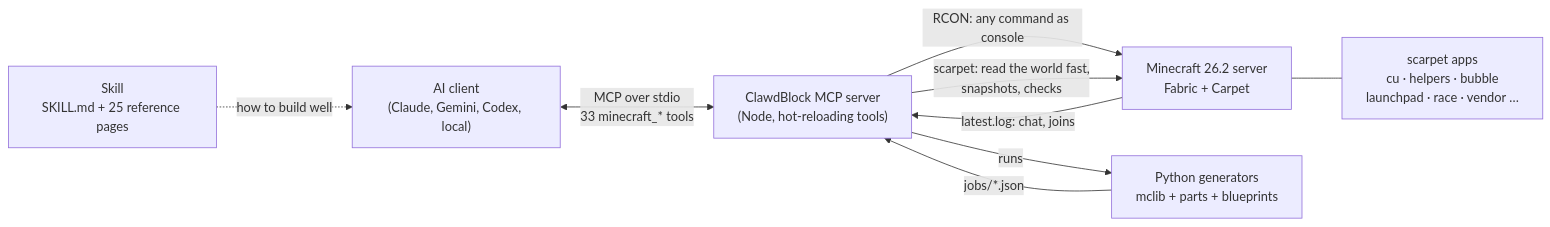
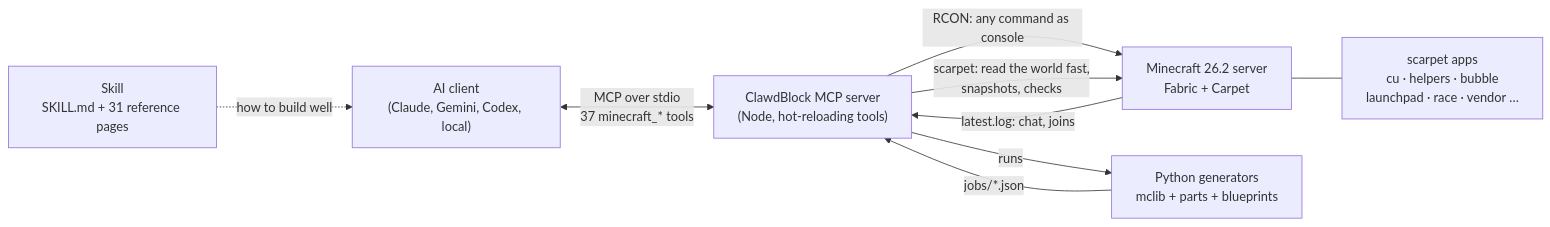
One commit to sagistiki/pink-golem changed the diagram in README.md. Above: the diagram before and after it, drawn with Mermaid. The commit also changed other lines of this file and 11 other files, not shown here.

````diff
--- a/README.md
+++ b/README.md
@@ -119,11 +133,11 @@
 ```mermaid
 flowchart LR
-    AI["AI client<br/>(Claude, Gemini, Codex, local)"] <-- "MCP over stdio<br/>33 minecraft_* tools" --> MCP["ClawdBlock MCP server<br/>(Node, hot-reloading tools)"]
+    AI["AI client<br/>(Claude, Gemini, Codex, local)"] <-- "MCP over stdio<br/>37 minecraft_* tools" --> MCP["ClawdBlock MCP server<br/>(Node, hot-reloading tools)"]
     MCP -- "RCON: any command as console" --> MC["Minecraft 26.2 server<br/>Fabric + Carpet"]
     MC -- "latest.log: chat, joins" --> MCP
     MCP -- "scarpet: read the world fast,<br/>snapshots, checks" --> MC
     MC --- APPS["scarpet apps<br/>cu · helpers · bubble<br/>launchpad · race · vendor …"]
     MCP -- "runs" --> GEN["Python generators<br/>mclib + parts + blueprints"]
     GEN -- "jobs/*.json" --> MCP
-    SKILL["Skill<br/>SKILL.md + 25 reference pages"] -. "how to build well" .-> AI
+    SKILL["Skill<br/>SKILL.md + 31 reference pages"] -. "how to build well" .-> AI
 ```
````
